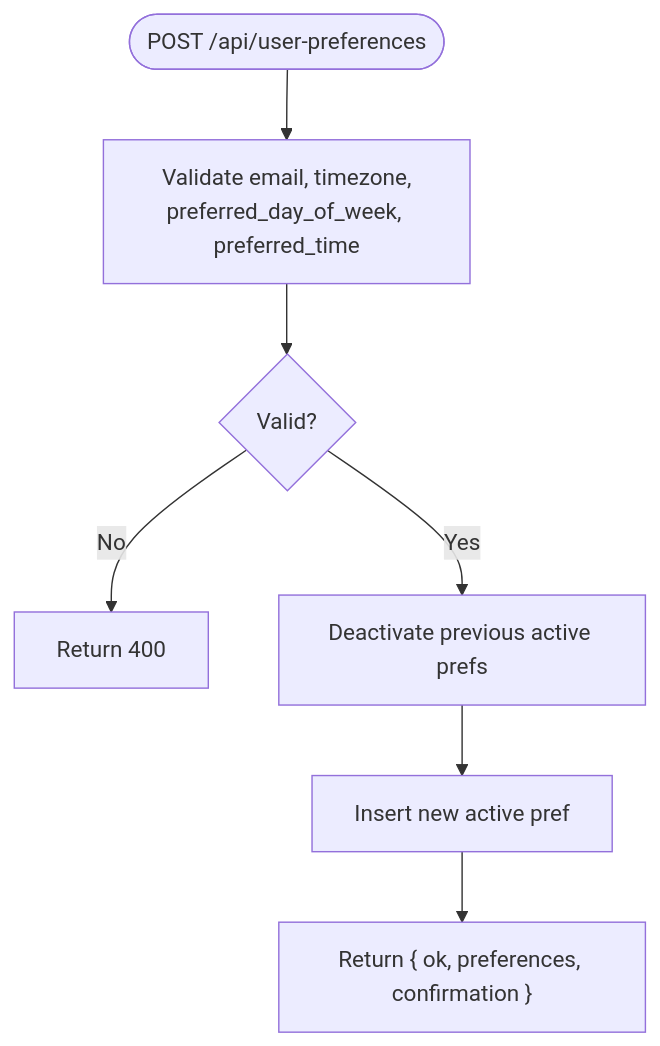
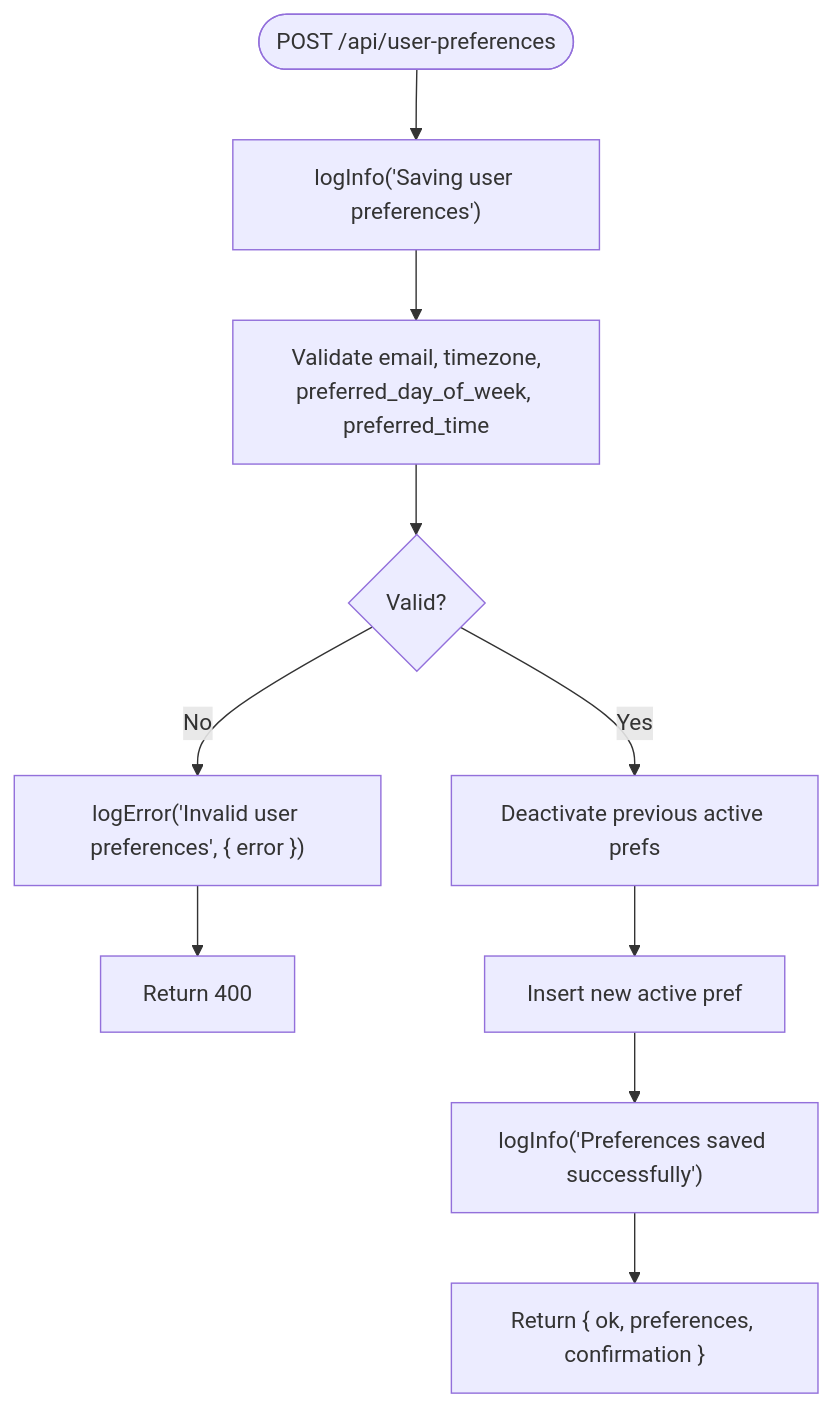
Before and after one commit to aravinthraj-ramalingam/Groww-App-Review-Insights-Analyzer-: the seventh of 11 diagrams in .qoder/repowiki/en/content/API Reference/Phase 2 API Endpoints.md, drawn with Mermaid. The commit also changed other lines of this file and 10 other files, not shown here.

````diff
--- a/.qoder/repowiki/en/content/API Reference/Phase 2 API Endpoints.md
+++ b/.qoder/repowiki/en/content/API Reference/Phase 2 API Endpoints.md
@@ -453,9 +519,12 @@
 ```mermaid
 flowchart TD
-Start(["POST /api/user-preferences"]) --> Validate["Validate email, timezone,<br/>preferred_day_of_week, preferred_time"]
+Start(["POST /api/user-preferences"]) --> LogInfo["logInfo('Saving user preferences')"]
+LogInfo --> Validate["Validate email, timezone,<br/>preferred_day_of_week, preferred_time"]
 Validate --> Valid{"Valid?"}
-Valid --> |No| Err400["Return 400"]
+Valid --> |No| LogError["logError('Invalid user preferences', { error })"]
+LogError --> Err400["Return 400"]
 Valid --> |Yes| Deactivate["Deactivate previous active prefs"]
 Deactivate --> Insert["Insert new active pref"]
-Insert --> Return["Return { ok, preferences, confirmation }"]
+Insert --> LogSuccess["logInfo('Preferences saved successfully')"]
+LogSuccess --> Return["Return { ok, preferences, confirmation }"]
 ```
````
